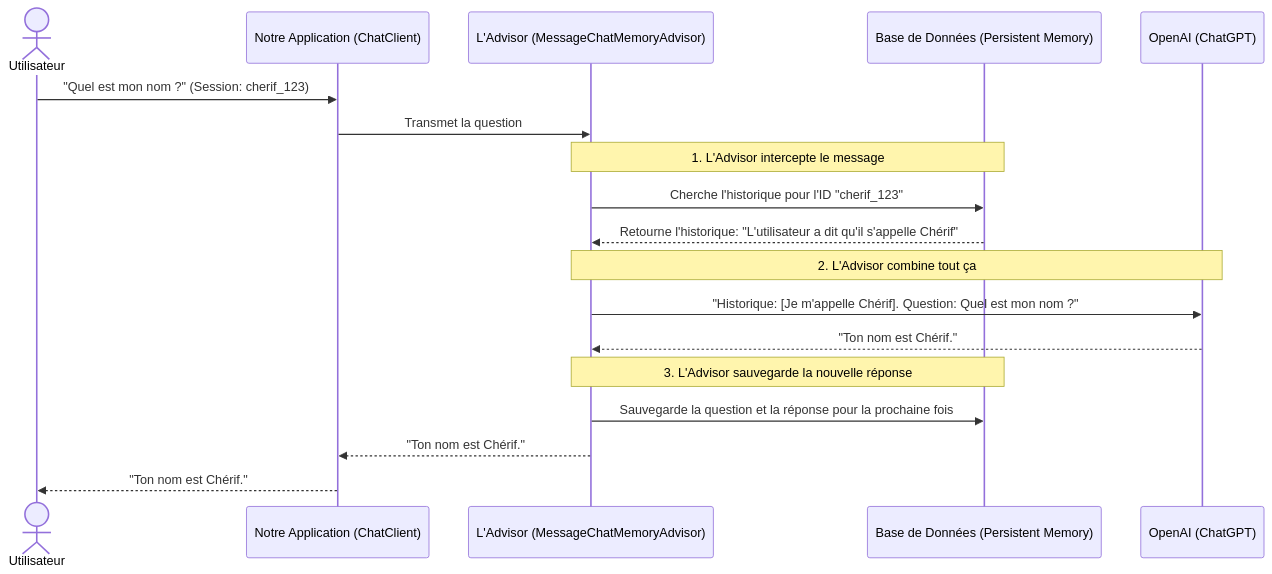
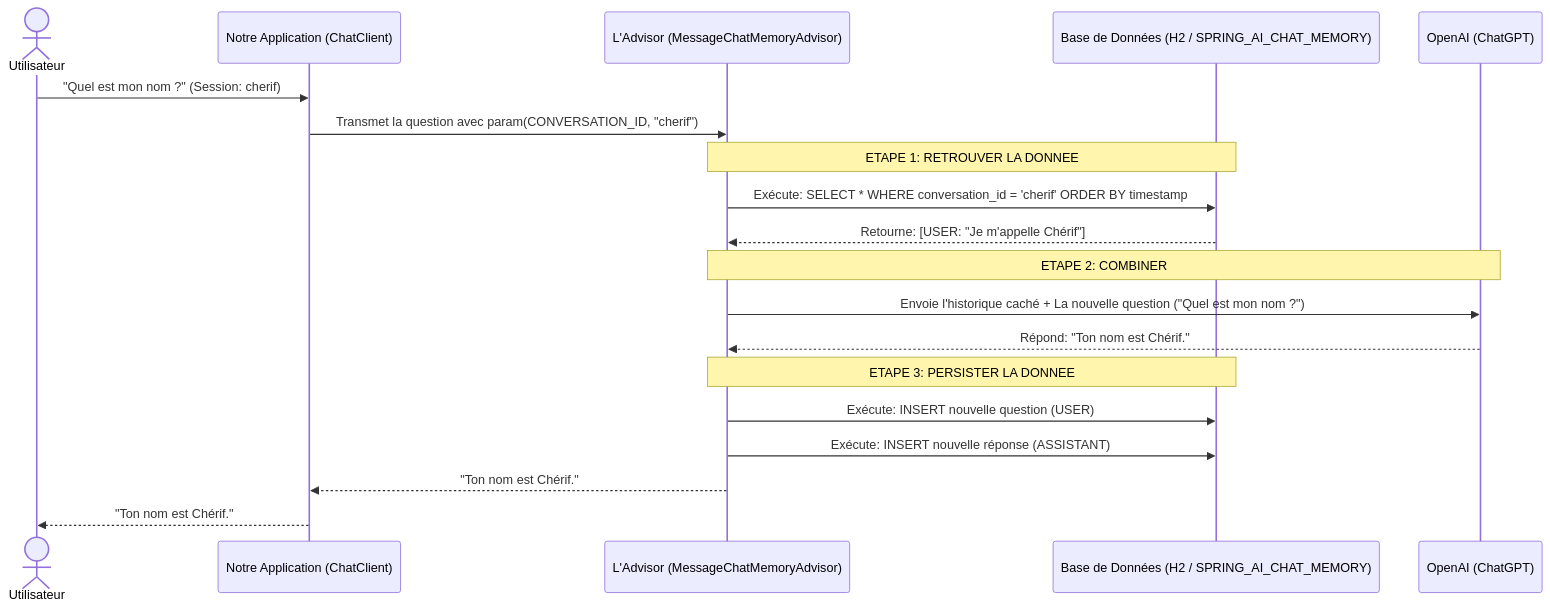
The diagram in README_CHAT_MEMORY.md (Cherif-creator-lab/memoir), drawn with Mermaid before and after one commit. The commit also changed other lines of this file, not shown here.

Commit message:
Memory IA

````diff
--- a/README_CHAT_MEMORY.md
+++ b/README_CHAT_MEMORY.md
@@ -77,26 +110,27 @@
 ```mermaid
 sequenceDiagram
     actor Utilisateur
     participant Controller as Notre Application (ChatClient)
     participant Advisor as L'Advisor (MessageChatMemoryAdvisor)
-    participant DB as Base de Données (Persistent Memory)
+    participant DB as Base de Données (H2 / SPRING_AI_CHAT_MEMORY)
     participant IA as OpenAI (ChatGPT)
 
-    Utilisateur->>Controller: "Quel est mon nom ?" (Session: cherif_123)
-    Controller->>Advisor: Transmet la question
+    Utilisateur->>Controller: "Quel est mon nom ?" (Session: cherif)
+    Controller->>Advisor: Transmet la question avec param(CONVERSATION_ID, "cherif")
     
-    Note over Advisor,DB: 1. L'Advisor intercepte le message
-    Advisor->>DB: Cherche l'historique pour l'ID "cherif_123"
-    DB-->>Advisor: Retourne l'historique: "L'utilisateur a dit qu'il s'appelle Chérif"
+    Note over Advisor,DB: ETAPE 1: RETROUVER LA DONNEE
+    Advisor->>DB: Exécute: SELECT * WHERE conversation_id = 'cherif' ORDER BY timestamp
+    DB-->>Advisor: Retourne: [USER: "Je m'appelle Chérif"]
     
-    Note over Advisor,IA: 2. L'Advisor combine tout ça
-    Advisor->>IA: "Historique: [Je m'appelle Chérif]. Question: Quel est mon nom ?"
+    Note over Advisor,IA: ETAPE 2: COMBINER
+    Advisor->>IA: Envoie l'historique caché + La nouvelle question ("Quel est mon nom ?")
     
-    IA-->>Advisor: "Ton nom est Chérif."
+    IA-->>Advisor: Répond: "Ton nom est Chérif."
     
-    Note over Advisor,DB: 3. L'Advisor sauvegarde la nouvelle réponse
-    Advisor->>DB: Sauvegarde la question et la réponse pour la prochaine fois
+    Note over Advisor,DB: ETAPE 3: PERSISTER LA DONNEE
+    Advisor->>DB: Exécute: INSERT nouvelle question (USER)
+    Advisor->>DB: Exécute: INSERT nouvelle réponse (ASSISTANT)
     
     Advisor-->>Controller: "Ton nom est Chérif."
     Controller-->>Utilisateur: "Ton nom est Chérif."
 ```
````
